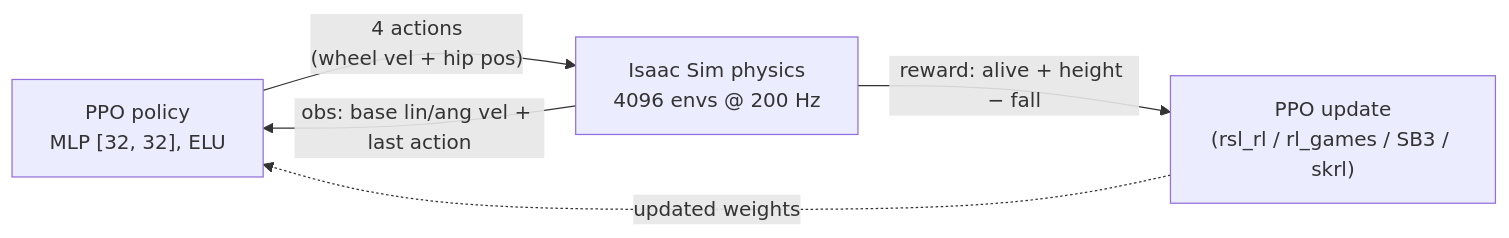
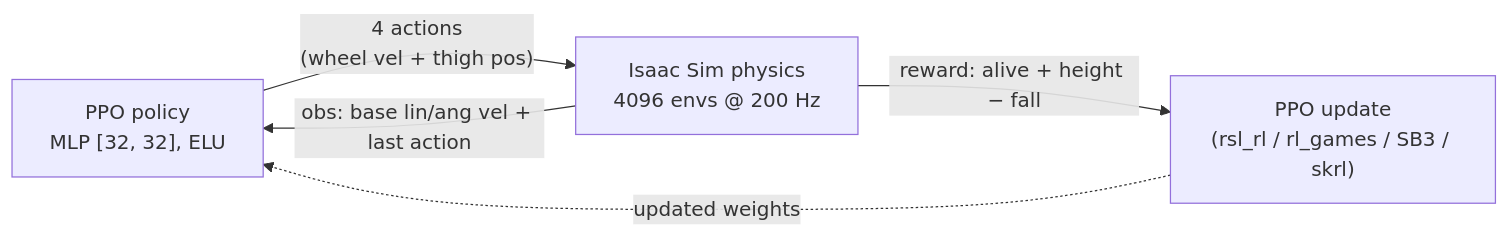
One commit to MickyasTA/wheeled_quadruped_robot changed the diagram in README.md. Above: the diagram before and after it, drawn with Mermaid. The commit also changed other lines of this file, not shown here.

Commit message:
Use consistent thigh terminology in the README

````diff
--- a/README.md
+++ b/README.md
@@ -94,8 +94,8 @@
 ```mermaid
 flowchart LR
     P["PPO policy<br/>MLP [32, 32], ELU"]
-    P -- "4 actions<br/>(wheel vel + hip pos)" --> S["Isaac Sim physics<br/>4096 envs @ 200 Hz"]
+    P -- "4 actions<br/>(wheel vel + thigh pos)" --> S["Isaac Sim physics<br/>4096 envs @ 200 Hz"]
     S -- "obs: base lin/ang vel + last action" --> P
     S -- "reward: alive + height − fall" --> R["PPO update<br/>(rsl_rl / rl_games / SB3 / skrl)"]
     R -.->|updated weights| P
 ```
````
